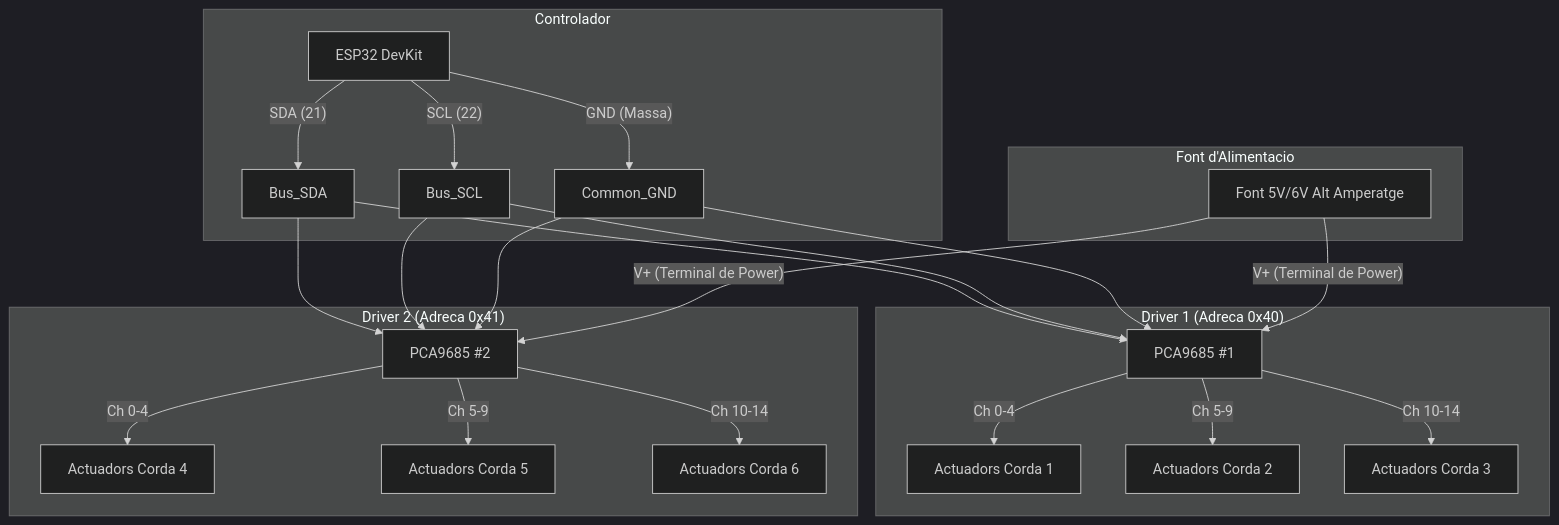
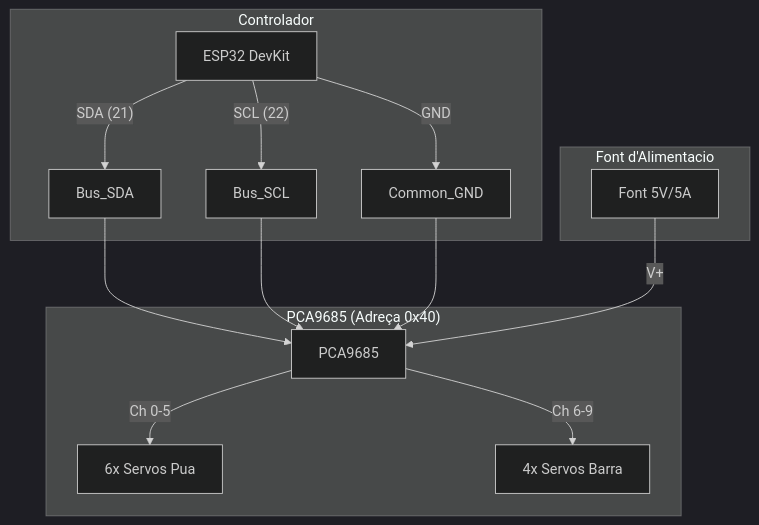
Before and after one commit to unworthyzeus/guitar_robot: the second of 2 diagrams in README.md, drawn with Mermaid (dark theme). The commit also changed other lines of this file and 14 other files, not shown here.

````diff
--- a/README.md
+++ b/README.md
@@ -75,35 +76,23 @@
 ```mermaid
 graph TD
     subgraph Power ["Font d'Alimentacio"]
-    PSU[Font 5V/6V Alt Amperatge]
+    PSU[Font 5V/5A]
     end
 
     subgraph Controller [Controlador]
     ESP32[ESP32 DevKit]
     ESP32 -- "SDA (21)" --> Bus_SDA
     ESP32 -- "SCL (22)" --> Bus_SCL
-    ESP32 -- "GND (Massa)" --> Common_GND
+    ESP32 -- "GND" --> Common_GND
     end
 
-    subgraph Driver1 ["Driver 1 (Adreca 0x40)"]
-    PCA1[PCA9685 #1]
-    Bus_SDA --> PCA1
-    Bus_SCL --> PCA1
-    Common_GND --> PCA1
-    PSU -- "V+ (Terminal de Power)" --> PCA1
-    PCA1 -- "Ch 0-4" --> String1[Actuadors Corda 1]
-    PCA1 -- "Ch 5-9" --> String2[Actuadors Corda 2]
-    PCA1 -- "Ch 10-14" --> String3[Actuadors Corda 3]
-    end
-
-    subgraph Driver2 ["Driver 2 (Adreca 0x41)"]
-    PCA2[PCA9685 #2]
-    Bus_SDA --> PCA2
-    Bus_SCL --> PCA2
-    Common_GND --> PCA2
-    PSU -- "V+ (Terminal de Power)" --> PCA2
-    PCA2 -- "Ch 0-4" --> String4[Actuadors Corda 4]
-    PCA2 -- "Ch 5-9" --> String5[Actuadors Corda 5]
-    PCA2 -- "Ch 10-14" --> String6[Actuadors Corda 6]
+    subgraph Driver ["PCA9685 (Adreça 0x40)"]
+    PCA[PCA9685]
+    Bus_SDA --> PCA
+    Bus_SCL --> PCA
+    Common_GND --> PCA
+    PSU -- "V+" --> PCA
+    PCA -- "Ch 0-5" --> Plucks[6x Servos Pua]
+    PCA -- "Ch 6-9" --> Bars[4x Servos Barra]
     end
 ```
````
